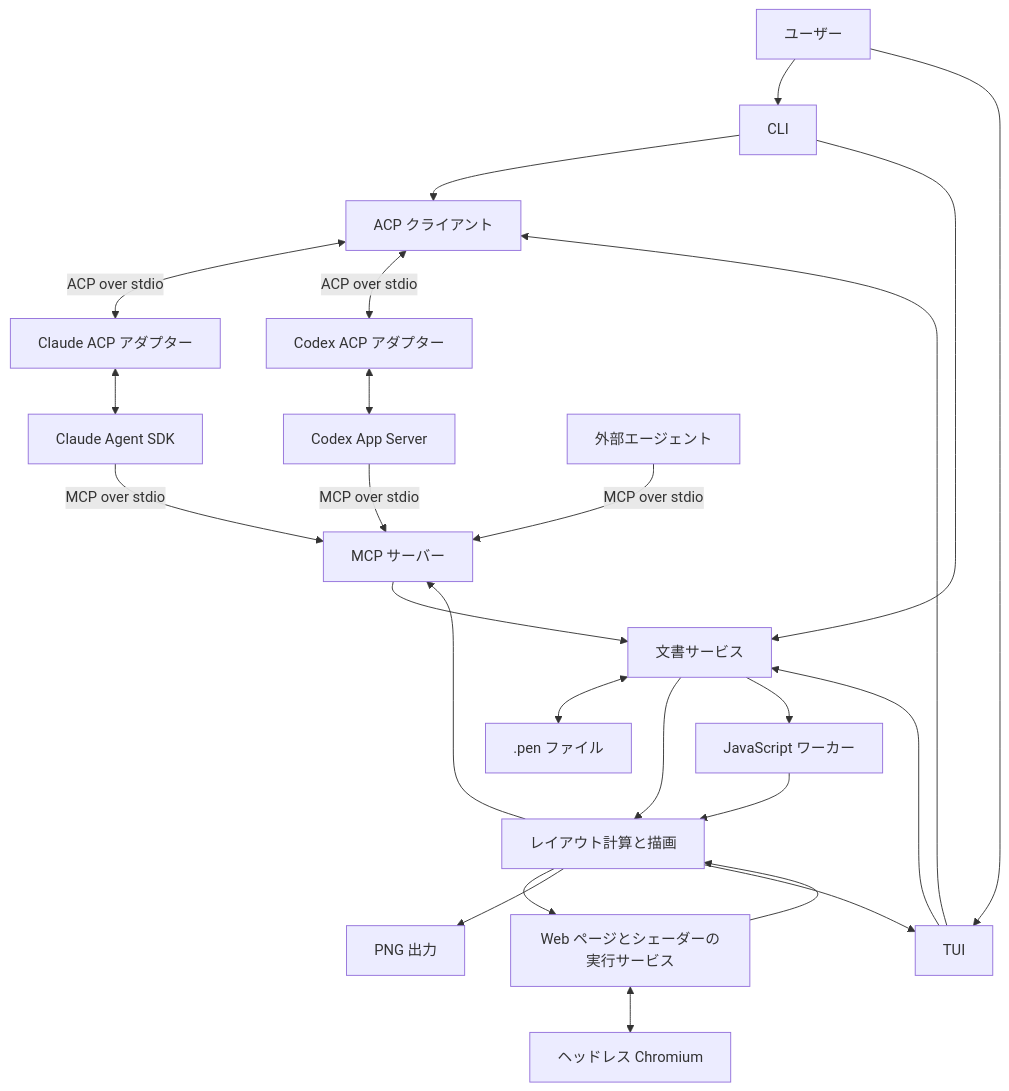
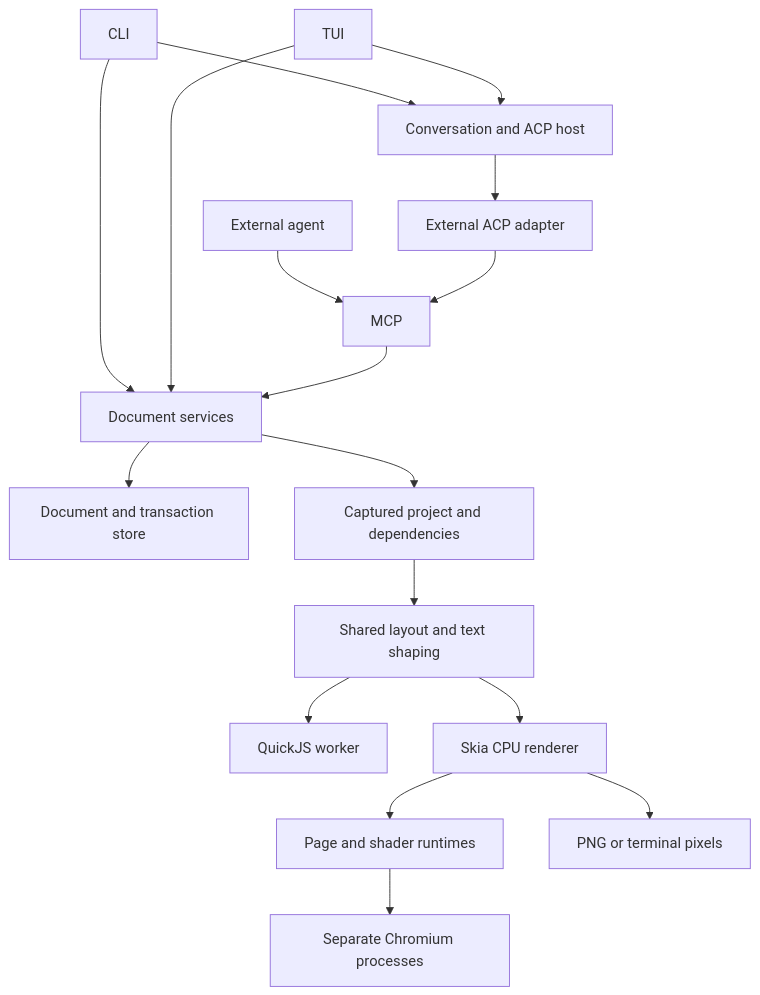
The diagram in docs/design.md (EkeMinusYou/lazypencil), drawn with Mermaid before and after one commit. The commit also changed other lines of this file and 65 other files, not shown here.

````diff
--- a/docs/design.md
+++ b/docs/design.md
@@ -72,27 +10,18 @@
 ```mermaid
 flowchart TD
-    User[ユーザー] --> CLI[CLI]
-    User --> TUI[TUI]
-    CLI --> Host[ACP クライアント]
+    CLI --> Service[Document services]
+    TUI --> Service
+    External[External agent] --> MCP --> Service
+    CLI --> Host[Conversation and ACP host]
     TUI --> Host
-    Host <-->|ACP over stdio| ClaudeAdapter[Claude ACP アダプター]
-    Host <-->|ACP over stdio| CodexAdapter[Codex ACP アダプター]
-    ClaudeAdapter <--> Claude[Claude Agent SDK]
-    CodexAdapter <--> Codex[Codex App Server]
-    Claude -->|MCP over stdio| MCP[MCP サーバー]
-    Codex -->|MCP over stdio| MCP
-    External[外部エージェント] -->|MCP over stdio| MCP
-    CLI --> Core[文書サービス]
-    TUI --> Core
-    MCP --> Core
-    Core <--> Pen[.pen ファイル]
-    Core --> Renderer[レイアウト計算と描画]
-    Core --> Script[JavaScript ワーカー]
-    Script --> Renderer
-    Renderer --> Dynamic[Web ページとシェーダーの実行サービス]
-    Dynamic <--> Chromium[ヘッドレス Chromium]
-    Dynamic --> Renderer
-    Renderer --> PNG[PNG 出力]
-    Renderer --> TUI
-    Renderer --> MCP
+    Host --> Adapter[External ACP adapter]
+    Adapter --> MCP
+    Service --> Store[Document and transaction store]
+    Service --> Project[Captured project and dependencies]
+    Project --> Layout[Shared layout and text shaping]
+    Layout --> Script[QuickJS worker]
+    Layout --> Render[Skia CPU renderer]
+    Render --> Dynamic[Page and shader runtimes]
+    Dynamic --> Chromium[Separate Chromium processes]
+    Render --> PNG[PNG or terminal pixels]
 ```
````
